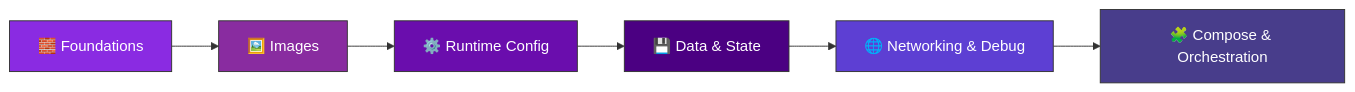
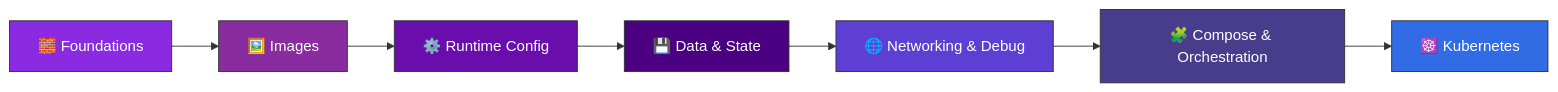
The diagram in Container/README.md (ua4157489-code/Cybersecurity-DevOps-Labs), drawn with Mermaid before and after one commit. The commit also changed other lines of this file, not shown here.

Commit message:
docs: add Kubernetes module (labs 18-20) and expand README with prerequisites, FAQ, and contributing guide

````diff
--- a/Container/README.md
+++ b/Container/README.md
@@ -54,15 +106,17 @@
 ```mermaid
 flowchart LR
     A[🧱 Foundations] --> B[🖼️ Images]
     B --> C[⚙️ Runtime Config]
     C --> D[💾 Data & State]
     D --> E[🌐 Networking & Debug]
     E --> F[🧩 Compose & Orchestration]
+    F --> G[☸️ Kubernetes]
 
     style A fill:#8A2BE2,color:#fff,stroke:#333
     style B fill:#892CA0,color:#fff,stroke:#333
     style C fill:#6A0DAD,color:#fff,stroke:#333
     style D fill:#4B0082,color:#fff,stroke:#333
     style E fill:#5D3FD3,color:#fff,stroke:#333
     style F fill:#483D8B,color:#fff,stroke:#333
+    style G fill:#326CE5,color:#fff,stroke:#333
 ```
````
